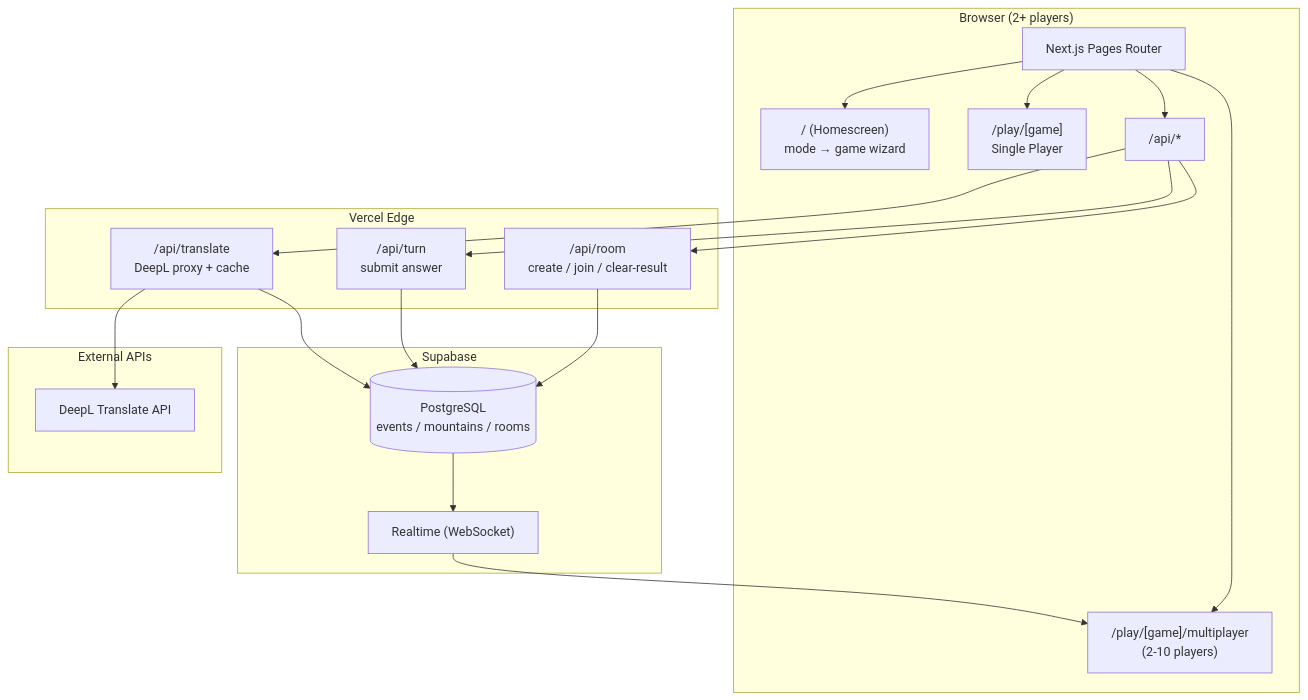
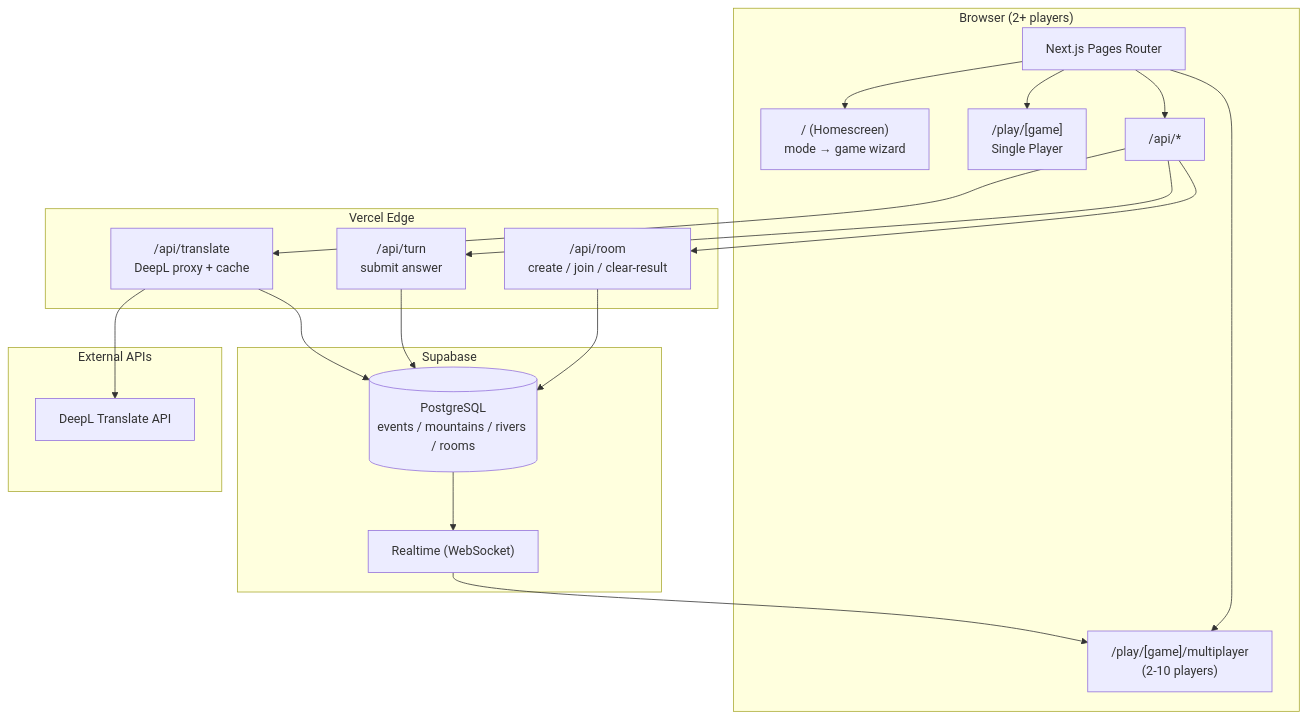
One commit to prokopHouda/history_game changed the first of 7 diagrams in docs/architecture.md. Above: the diagram before and after it, drawn with Mermaid. The commit also changed other lines of this file and 4 other files, not shown here.

````diff
--- a/docs/architecture.md
+++ b/docs/architecture.md
@@ -5,32 +5,32 @@
 ```mermaid
 flowchart TB
     subgraph Client["Browser (2+ players)"]
         A["Next.js Pages Router"]
         A --> HOME["/ (Homescreen)<br/>mode → game wizard"]
         A --> SP["/play/[game]<br/>Single Player"]
         A --> MP["/play/[game]/multiplayer<br/>(2-10 players)"]
         A --> API["/api/*"]
     end
 
     subgraph Vercel["Vercel Edge"]
         API --> R["/api/room<br/>create / join / clear-result"]
         API --> T["/api/turn<br/>submit answer"]
         API --> X["/api/translate<br/>DeepL proxy + cache"]
     end
 
     subgraph Supabase["Supabase"]
-        DB[("PostgreSQL<br/>events / mountains / rooms")]
+        DB[("PostgreSQL<br/>events / mountains / rivers / rooms")]
         RL["Realtime (WebSocket)"]
         DB --> RL
     end
 
     subgraph External["External APIs"]
         D["DeepL Translate API"]
     end
 
     R --> DB
     T --> DB
     X --> DB
     X --> D
     RL --> MP
 ```
````
